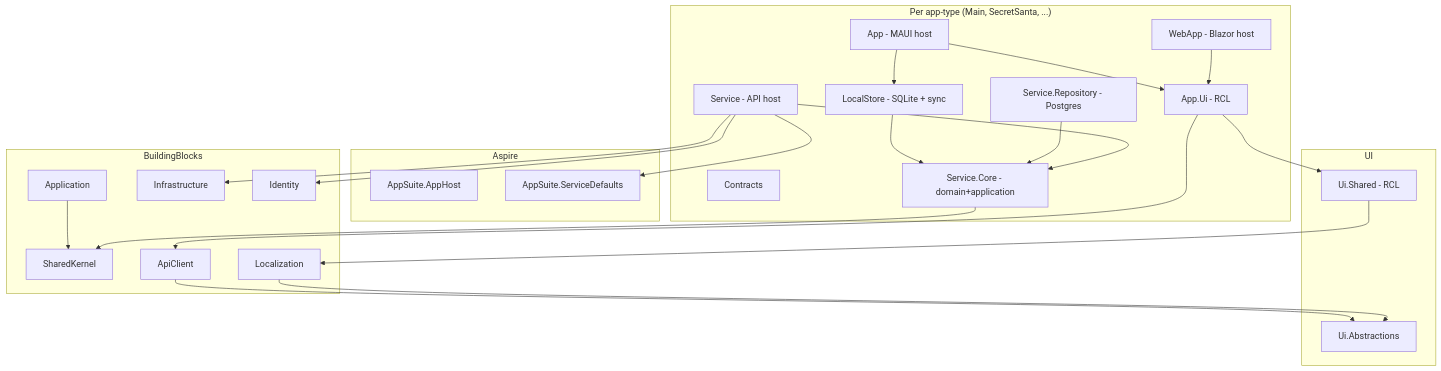
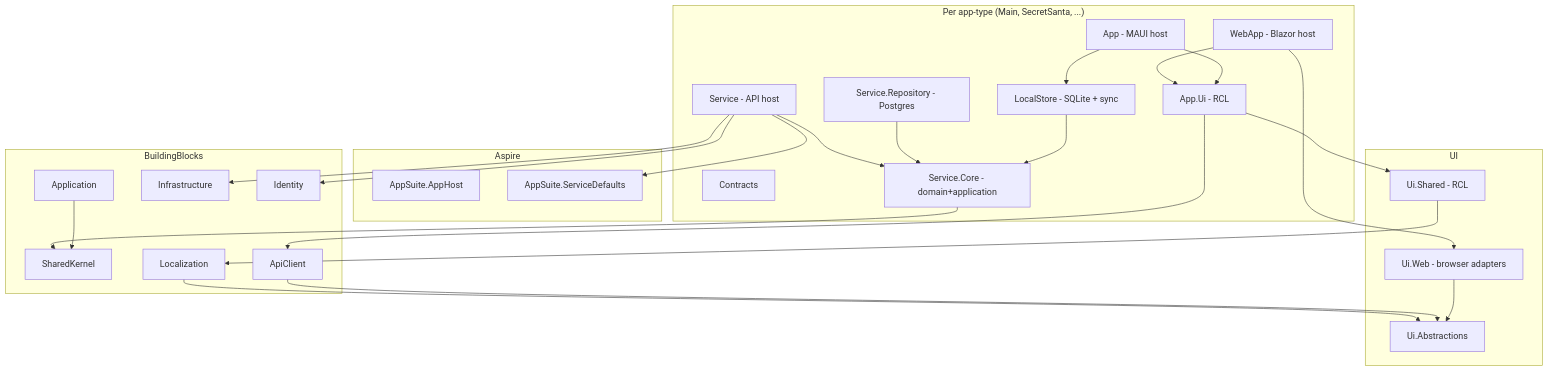
The diagram in docs/arc42/05-building-block-view.md (CircleTools-ch/circletools-suite), drawn with Mermaid before and after one commit. The commit also changed other lines of this file and 99 other files, not shown here.

````diff
--- a/docs/arc42/05-building-block-view.md
+++ b/docs/arc42/05-building-block-view.md
@@ -22,44 +22,47 @@
 ```mermaid
 flowchart TD
     subgraph Aspire
         AppHost[AppSuite.AppHost]
         Defaults[AppSuite.ServiceDefaults]
     end
     subgraph BuildingBlocks
         SK[SharedKernel]
         App[Application]
         Infra[Infrastructure]
         Id[Identity]
         Loc[Localization]
         ApiC[ApiClient]
     end
     subgraph UI
         UiShared[Ui.Shared - RCL]
         UiAbs[Ui.Abstractions]
+        UiWeb[Ui.Web - browser adapters]
     end
     subgraph AppType["Per app-type (Main, SecretSanta, ...)"]
         Contracts
         Core[Service.Core - domain+application]
         Repo[Service.Repository - Postgres]
         Svc[Service - API host]
         AppUi[App.Ui - RCL]
         WebApp[WebApp - Blazor host]
         Native[App - MAUI host]
         Local[LocalStore - SQLite + sync]
     end
 
     Svc --> Core
     Repo --> Core
     Local --> Core
     Core --> SK
     App --> SK
     WebApp --> AppUi --> UiShared
+    WebApp --> UiWeb
     Native --> AppUi
     Native --> Local
     AppUi --> ApiC
     UiShared --> Loc --> UiAbs
     ApiC --> UiAbs
+    UiWeb --> UiAbs
     Svc --> Defaults
     Svc --> Id
     Svc --> Infra
 ```
````
